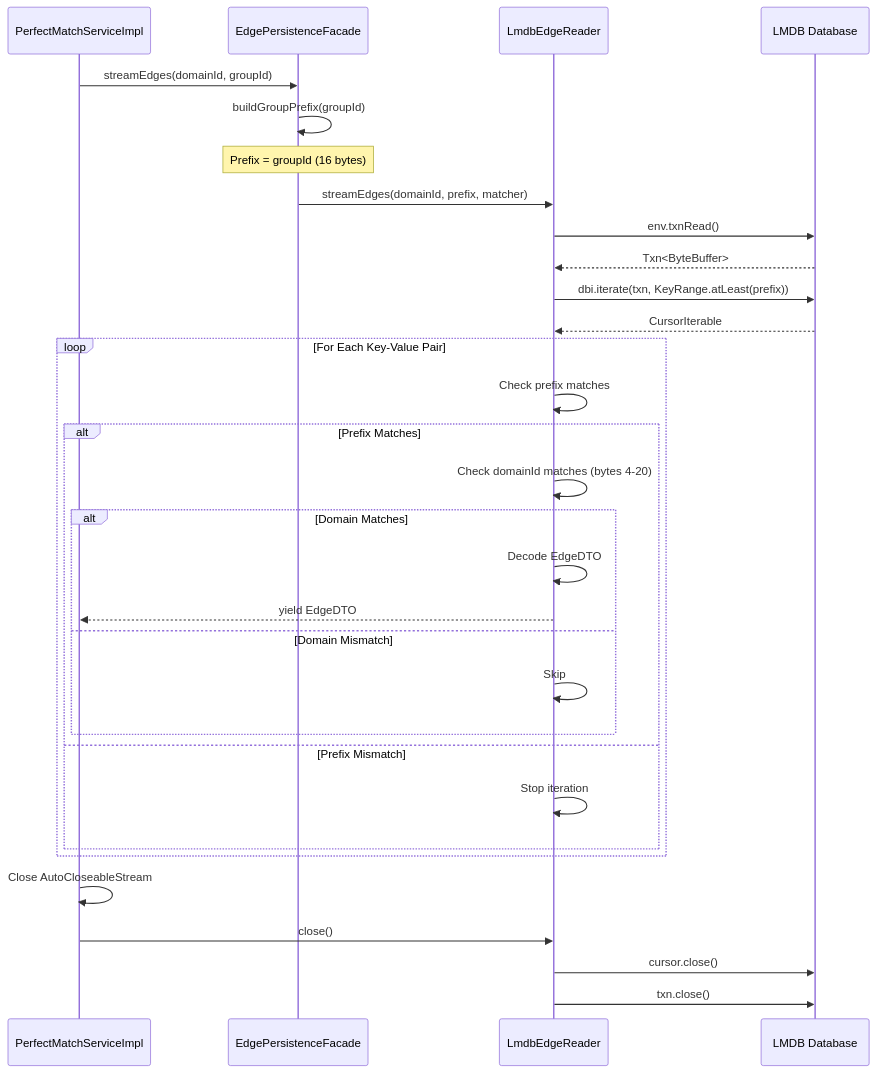
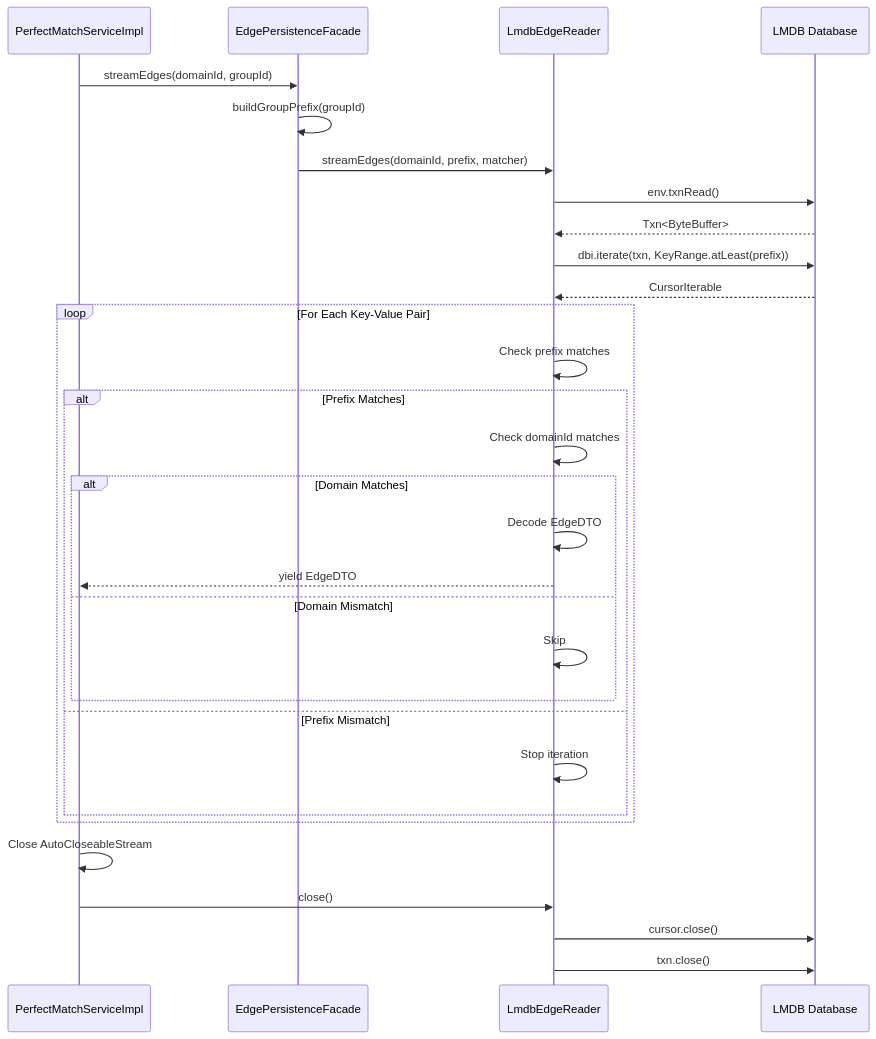
The tenth of 20 diagrams in docs/Low Level Designs/ScheduledPerfectMatchesCreation.md (kagit00/schedule_x), drawn with Mermaid before and after one commit. The commit also changed other lines of this file and 7 other files, not shown here.

````diff
--- a/docs/Low Level Designs/ScheduledPerfectMatchesCreation.md
+++ b/docs/Low Level Designs/ScheduledPerfectMatchesCreation.md
@@ -418,38 +394,37 @@
 ```mermaid
 sequenceDiagram
     participant Client as PerfectMatchServiceImpl
     participant Facade as EdgePersistenceFacade
     participant Reader as LmdbEdgeReader
     participant LMDB as LMDB Database
     
     Client->>Facade: streamEdges(domainId, groupId)
     Facade->>Facade: buildGroupPrefix(groupId)
-    Note over Facade: Prefix = groupId (16 bytes)
     
     Facade->>Reader: streamEdges(domainId, prefix, matcher)
     Reader->>LMDB: env.txnRead()
     LMDB-->>Reader: Txn<ByteBuffer>
     
     Reader->>LMDB: dbi.iterate(txn, KeyRange.atLeast(prefix))
     LMDB-->>Reader: CursorIterable
     
     loop For Each Key-Value Pair
         Reader->>Reader: Check prefix matches
         alt Prefix Matches
-            Reader->>Reader: Check domainId matches (bytes 4-20)
+            Reader->>Reader: Check domainId matches
             alt Domain Matches
                 Reader->>Reader: Decode EdgeDTO
                 Reader-->>Client: yield EdgeDTO
             else Domain Mismatch
                 Reader->>Reader: Skip
             end
         else Prefix Mismatch
             Reader->>Reader: Stop iteration
         end
     end
     
     Client->>Client: Close AutoCloseableStream
     Client->>Reader: close()
     Reader->>LMDB: cursor.close()
     Reader->>LMDB: txn.close()
 ```
````
